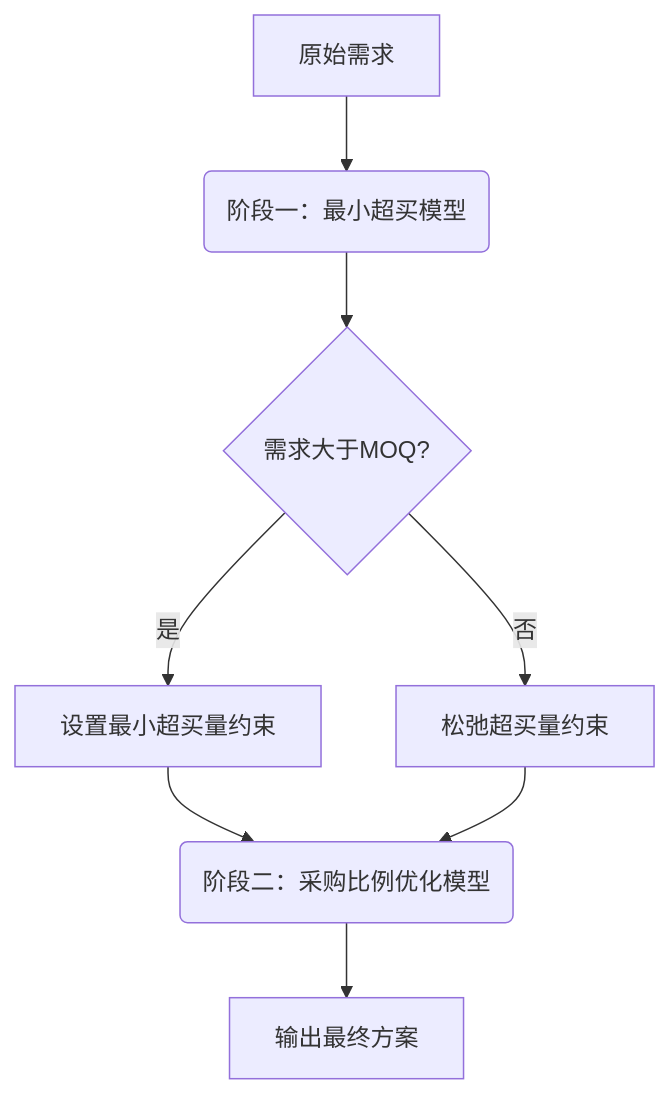
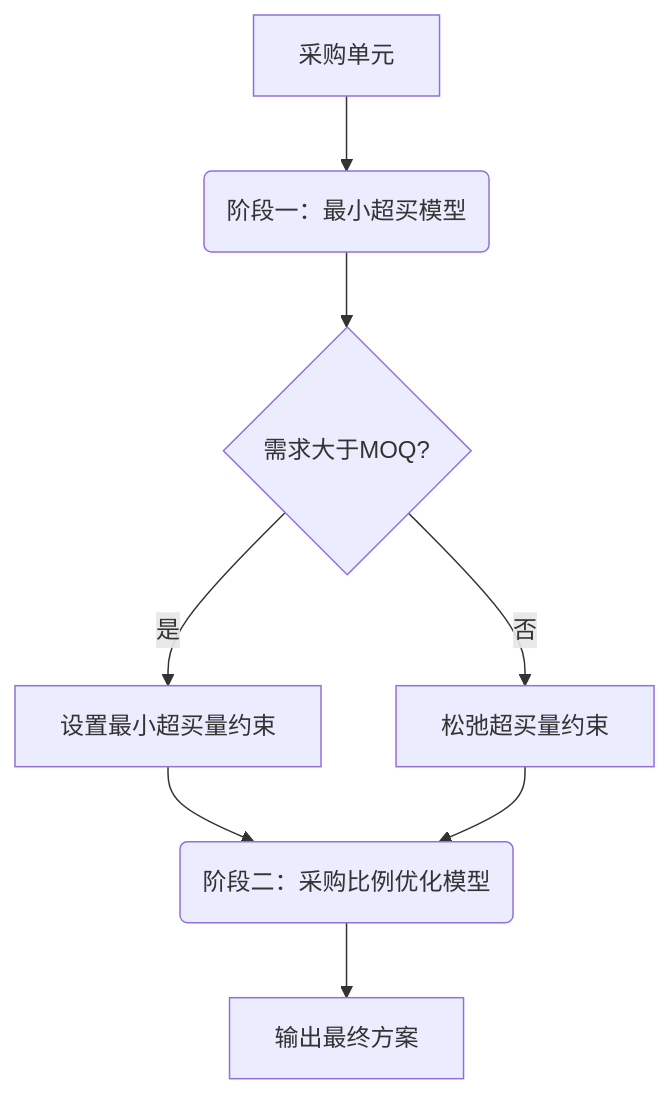
One commit to tianxq77/BrainBucket changed the third of 7 diagrams in Java项目/ramaxel/采购建议_算法.md. Above: the diagram before and after it, drawn with Mermaid. The commit also changed other lines of this file and 4 other files, not shown here.

````diff
--- a/Java项目/ramaxel/采购建议_算法.md
+++ b/Java项目/ramaxel/采购建议_算法.md
@@ -88,10 +91,10 @@
 ```mermaid
 graph TD  
-    A[原始需求] --> B(阶段一：最小超买模型)  
+    A[采购单元] --> B(阶段一：最小超买模型)  
     B --> C{需求大于MOQ?}  
     C -->|是| D[设置最小超买量约束]  
     C -->|否| E[松弛超买量约束]  
     D --> F(阶段二：采购比例优化模型)   
     E --> F 
     F --> G[输出最终方案]  
 ```
````
